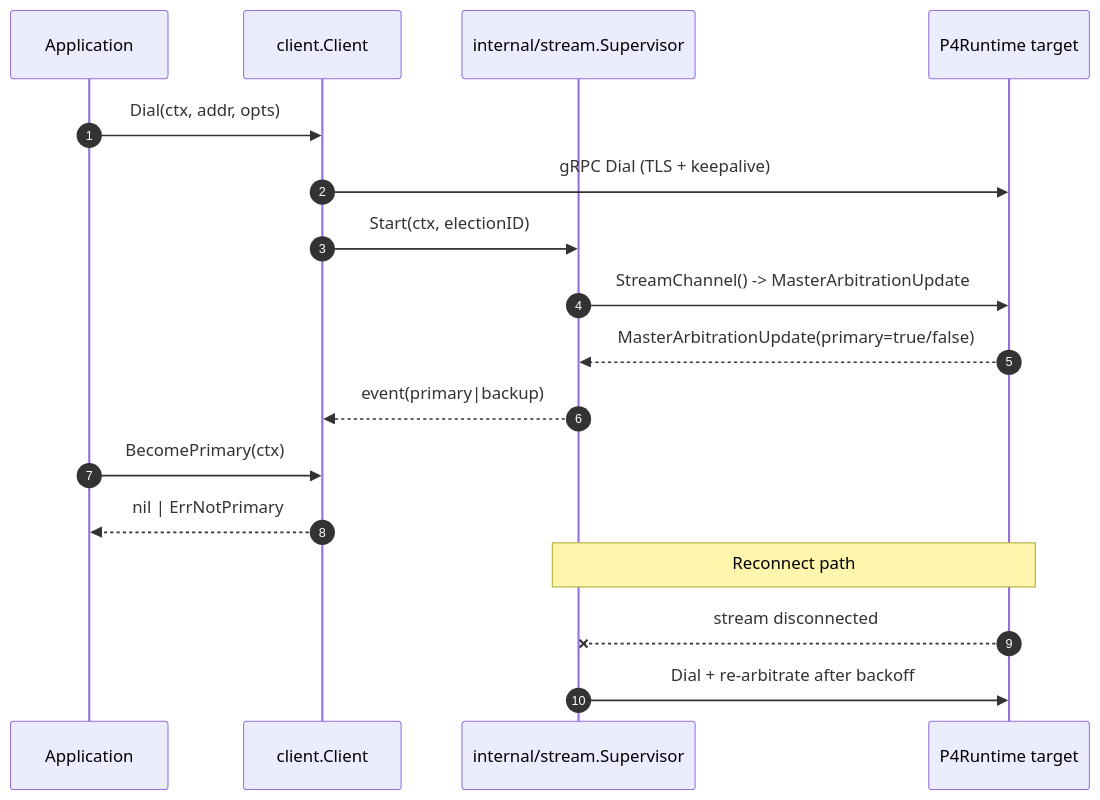
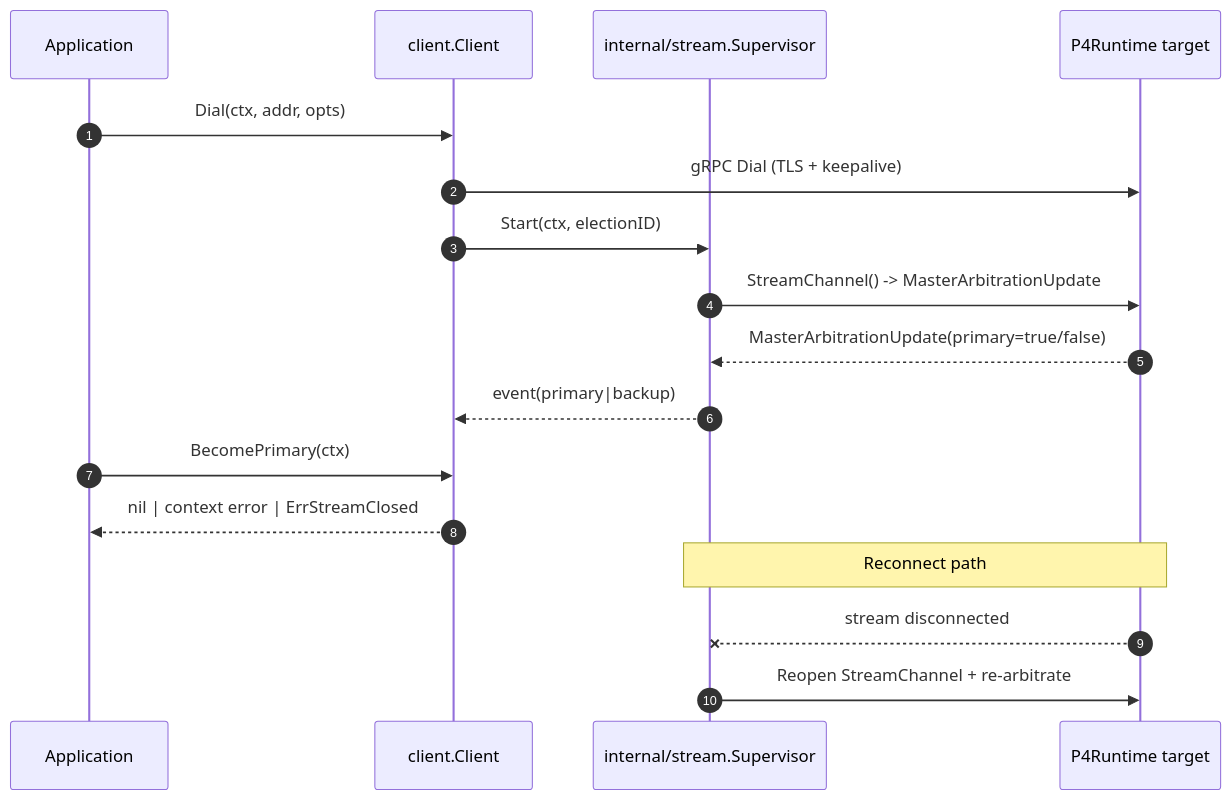
Before and after one commit to zhh2001/p4runtime-go-controller: the second of 5 diagrams in ARCHITECTURE.md, drawn with Mermaid. The commit also changed other lines of this file and 20 other files, not shown here.

````diff
--- a/ARCHITECTURE.md
+++ b/ARCHITECTURE.md
@@ -26,21 +26,21 @@
 ```mermaid
 sequenceDiagram
     autonumber
     participant App as Application
     participant C as client.Client
     participant S as internal/stream.Supervisor
     participant T as P4Runtime target
 
     App->>C: Dial(ctx, addr, opts)
     C->>T: gRPC Dial (TLS + keepalive)
     C->>S: Start(ctx, electionID)
     S->>T: StreamChannel() -> MasterArbitrationUpdate
     T-->>S: MasterArbitrationUpdate(primary=true/false)
     S-->>C: event(primary|backup)
     App->>C: BecomePrimary(ctx)
-    C-->>App: nil | ErrNotPrimary
+    C-->>App: nil | context error | ErrStreamClosed
 
     Note over S,T: Reconnect path
     T--xS: stream disconnected
-    S->>T: Dial + re-arbitrate after backoff
+    S->>T: Reopen StreamChannel + re-arbitrate
 ```
````
